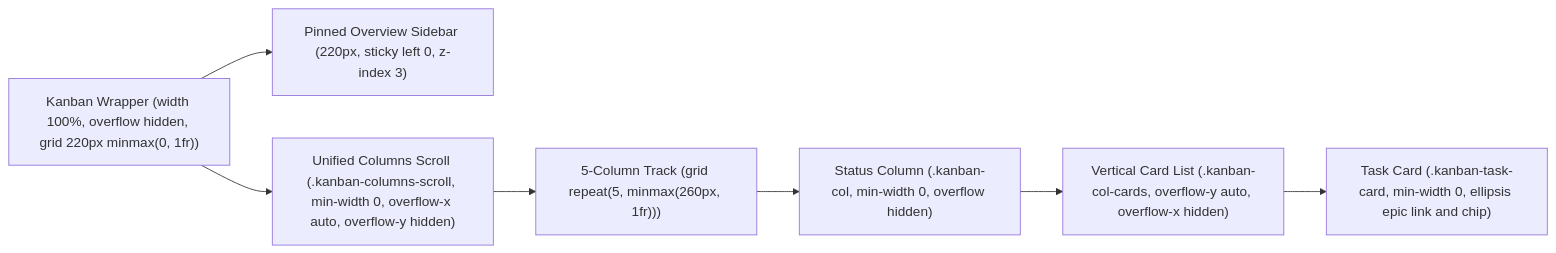
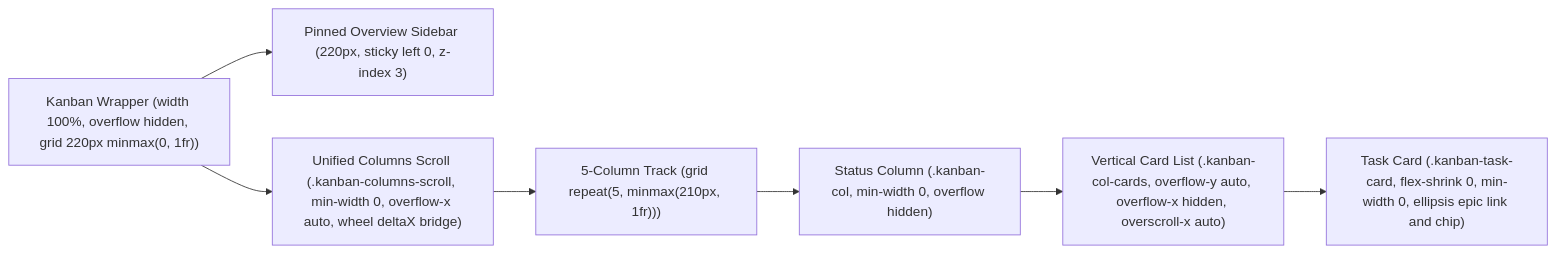
One commit to DanhDue/ai-agent-tools changed the diagram in docs/superpowers/specs/2026-11-18-check-tasks-kanban-and-stage-title-fixes-design.md. Above: the diagram before and after it, drawn with Mermaid. The commit also changed other lines of this file and 1 other file, not shown here.

First line of the commit message:
[CHECK_TASKS] Update spec and plan for Kanban 16-card height, horizontal wheel scroll, and 210px columns

````diff
--- a/docs/superpowers/specs/2026-11-18-check-tasks-kanban-and-stage-title-fixes-design.md
+++ b/docs/superpowers/specs/2026-11-18-check-tasks-kanban-and-stage-title-fixes-design.md
@@ -48,9 +50,9 @@
 ```mermaid
 flowchart LR
     Board["Kanban Wrapper (width 100%, overflow hidden, grid 220px minmax(0, 1fr))"] --> Overview["Pinned Overview Sidebar (220px, sticky left 0, z-index 3)"]
-    Board --> Track["Unified Columns Scroll (.kanban-columns-scroll, min-width 0, overflow-x auto, overflow-y hidden)"]
-    Track --> Grid["5-Column Track (grid repeat(5, minmax(260px, 1fr)))"]
+    Board --> Track["Unified Columns Scroll (.kanban-columns-scroll, min-width 0, overflow-x auto, wheel deltaX bridge)"]
+    Track --> Grid["5-Column Track (grid repeat(5, minmax(210px, 1fr)))"]
     Grid --> Col["Status Column (.kanban-col, min-width 0, overflow hidden)"]
-    Col --> Cards["Vertical Card List (.kanban-col-cards, overflow-y auto, overflow-x hidden)"]
-    Cards --> Card["Task Card (.kanban-task-card, min-width 0, ellipsis epic link and chip)"]
+    Col --> Cards["Vertical Card List (.kanban-col-cards, overflow-y auto, overflow-x hidden, overscroll-x auto)"]
+    Cards --> Card["Task Card (.kanban-task-card, flex-shrink 0, min-width 0, ellipsis epic link and chip)"]
 ```
````
